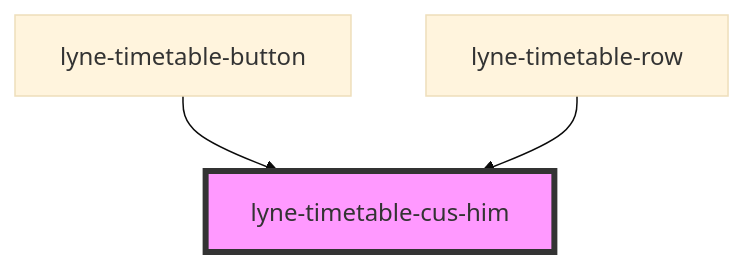
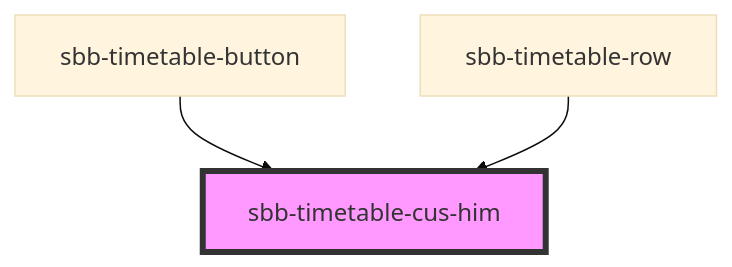
Before and after one commit to sbb-design-systems/lyne-components: the diagram in src/components/sbb-timetable-cus-him/readme.md, drawn with Mermaid (base theme). The commit also changed other lines of this file and 348 other files, not shown here.

Commit message:
refactor: 'lyne' prefix renamed to 'sbb'

````diff
--- a/src/components/sbb-timetable-cus-him/readme.md
+++ b/src/components/sbb-timetable-cus-him/readme.md
@@ -25,6 +25,6 @@
 ```mermaid
 graph TD;
-  lyne-timetable-button --> lyne-timetable-cus-him
-  lyne-timetable-row --> lyne-timetable-cus-him
-  style lyne-timetable-cus-him fill:#f9f,stroke:#333,stroke-width:4px
+  sbb-timetable-button --> sbb-timetable-cus-him
+  sbb-timetable-row --> sbb-timetable-cus-him
+  style sbb-timetable-cus-him fill:#f9f,stroke:#333,stroke-width:4px
 ```
````
